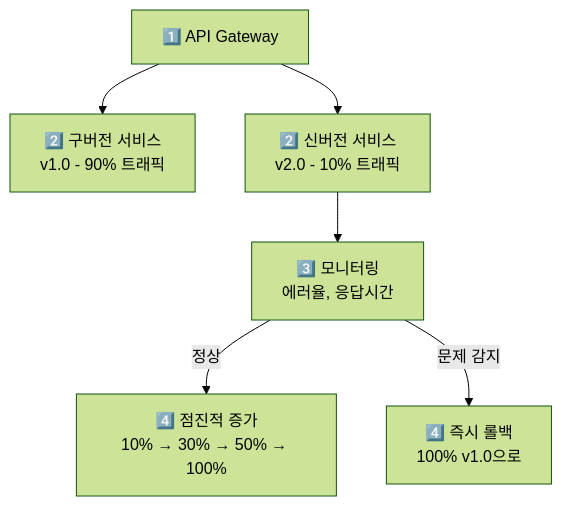
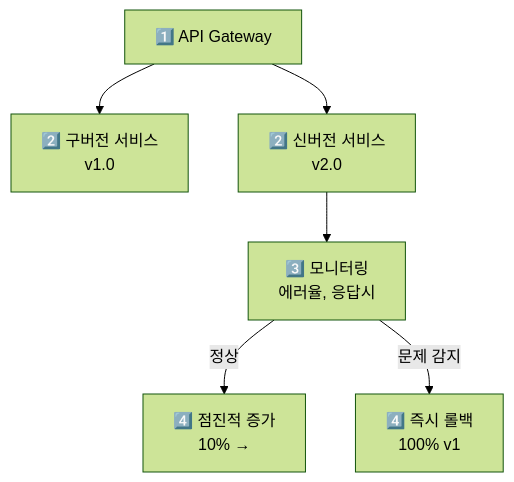
Before and after one commit to yjkim2015/yjkim2015.github.io: diagram 13 of 15 in _posts/architecture/2026-05-02-msa-deep.md, drawn with Mermaid (forest theme). The commit also changed other lines of this file and 271 other files, not shown here.

First line of the commit message:
Mermaid 라벨 축소: 긴 노드 텍스트 18자 이하로 트림 + \n 제거

````diff
--- a/_posts/architecture/2026-05-02-msa-deep.md
+++ b/_posts/architecture/2026-05-02-msa-deep.md
@@ -451,8 +451,8 @@
 ```mermaid
 graph TD
-    AG["1️⃣ API Gateway"] --> Old["2️⃣ 구버전 서비스\nv1.0 - 90% 트래픽"]
-    AG --> New["2️⃣ 신버전 서비스\nv2.0 - 10% 트래픽"]
-    New --> Monitor["3️⃣ 모니터링\n에러율, 응답시간"]
-    Monitor -->|"정상"| Rollout["4️⃣ 점진적 증가\n10% → 30% → 50% → 100%"]
-    Monitor -->|"문제 감지"| Rollback["4️⃣ 즉시 롤백\n100% v1.0으로"]
+    AG["1️⃣ API Gateway"] --> Old["2️⃣ 구버전 서비스\nv1.0"]
+    AG --> New["2️⃣ 신버전 서비스\nv2.0"]
+    New --> Monitor["3️⃣ 모니터링\n에러율, 응답시"]
+    Monitor -->|"정상"| Rollout["4️⃣ 점진적 증가\n10% →"]
+    Monitor -->|"문제 감지"| Rollback["4️⃣ 즉시 롤백\n100% v1"]
 ```
````
